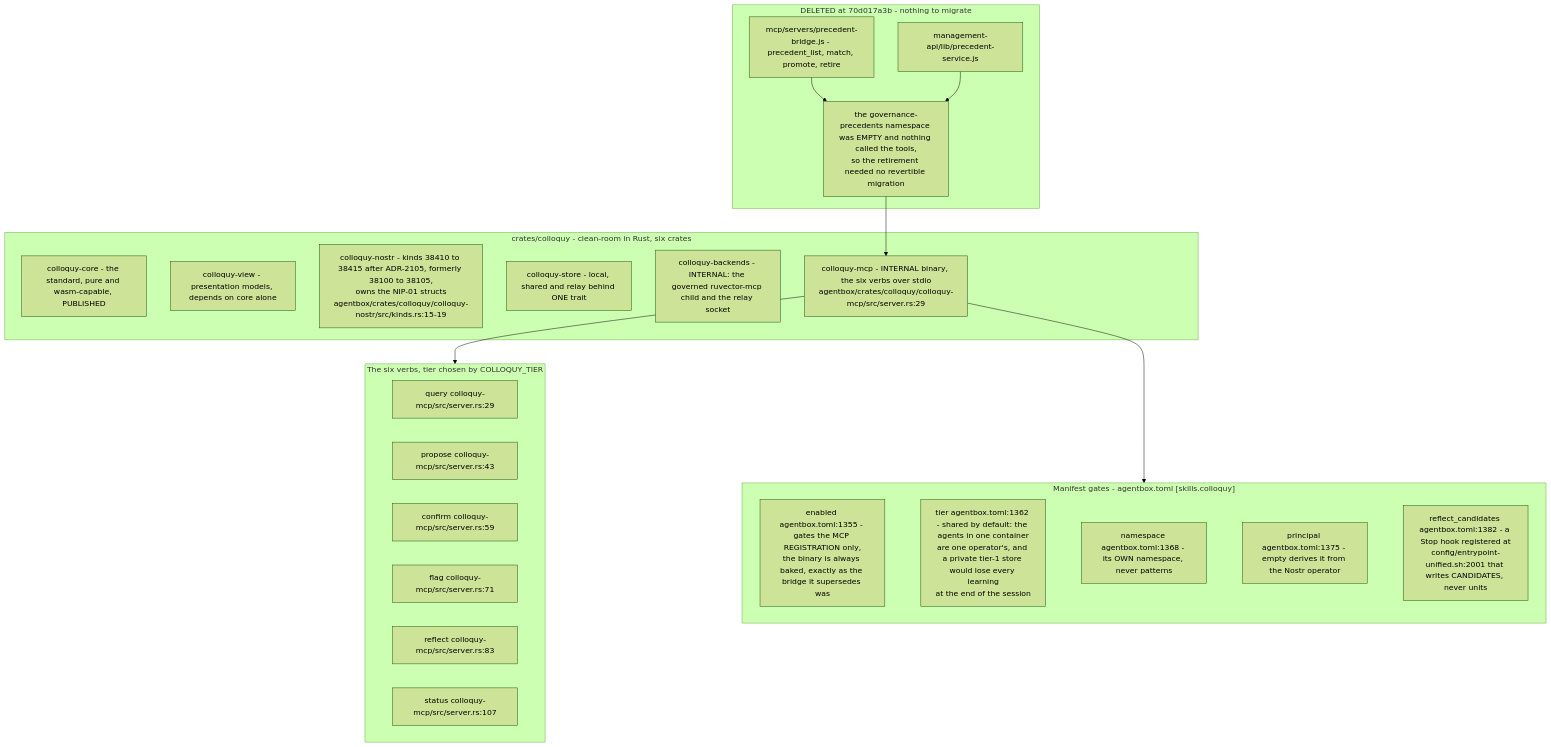
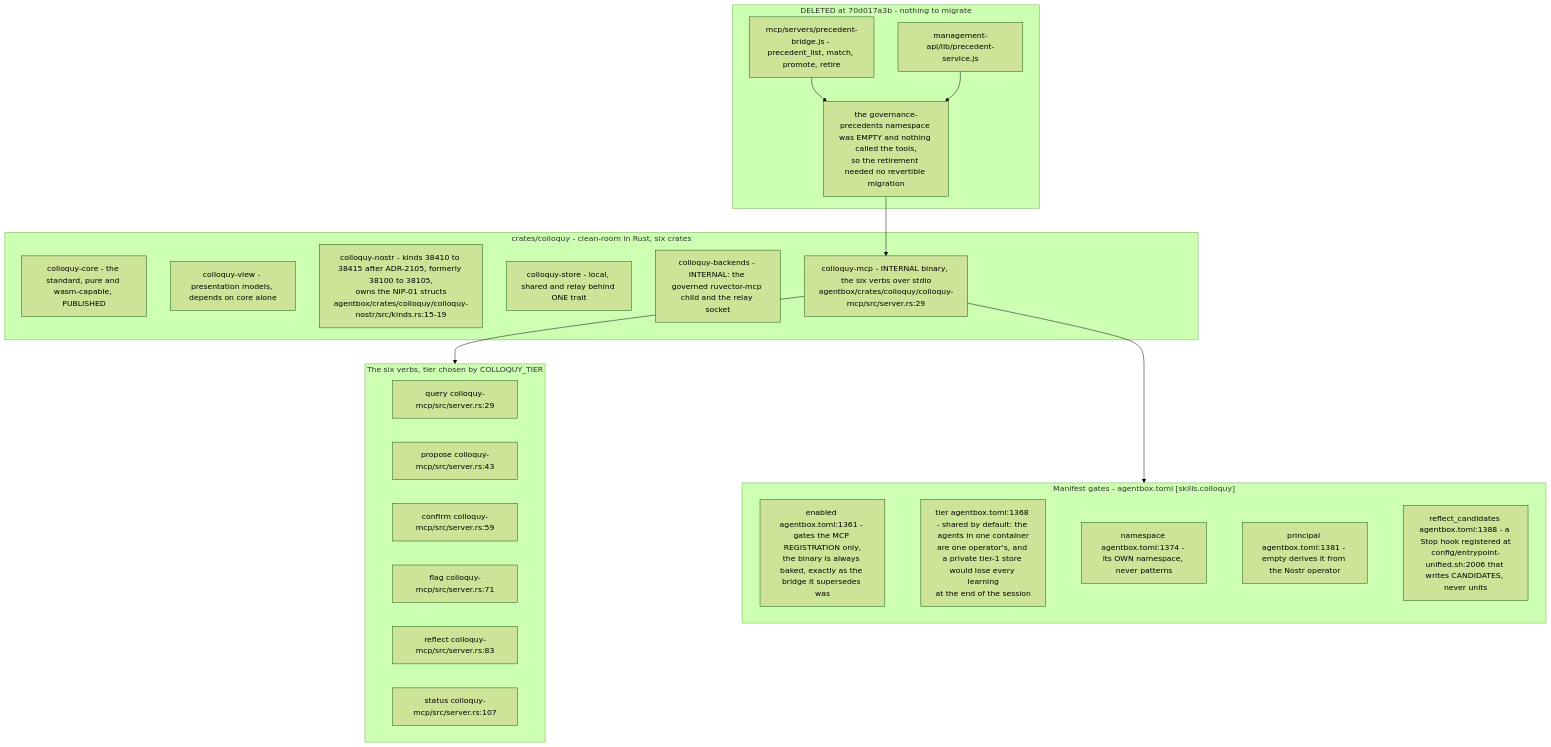
The ninth of 10 diagrams in docs/diagrams/agentbox/28-agentbox-services-and-manifest-binary.md (DreamLab-AI/VisionFlow), drawn with Mermaid (forest theme) before and after one commit. The commit also changed other lines of this file and 36 other files, not shown here.

First line of the commit message:
docs(diagrams): re-derive and re-stamp agentbox, dream-engine, visioncraft, visiontouch and vowl topics; drop LAN addresses

````diff
--- a/docs/diagrams/agentbox/28-agentbox-services-and-manifest-binary.md
+++ b/docs/diagrams/agentbox/28-agentbox-services-and-manifest-binary.md
@@ -427,37 +429,37 @@
 ```mermaid
 flowchart TB
     subgraph gone["DELETED at 70d017a3b - nothing to migrate"]
         G1["mcp/servers/precedent-bridge.js - precedent_list, match, promote, retire"]
         G2["management-api/lib/precedent-service.js"]
         G3["the governance-precedents namespace was EMPTY and nothing called the tools,<br/>so the retirement needed no revertible migration"]
         G1 --> G3
         G2 --> G3
     end
     subgraph crates["crates/colloquy - clean-room in Rust, six crates"]
         P1["colloquy-core - the standard, pure and wasm-capable, PUBLISHED"]
         P2["colloquy-view - presentation models, depends on core alone"]
         P3["colloquy-nostr - kinds 38410 to 38415 after ADR-2105, formerly 38100 to 38105,<br/>owns the NIP-01 structs<br/>agentbox/crates/colloquy/colloquy-nostr/src/kinds.rs:15-19"]
         P4["colloquy-store - local, shared and relay behind ONE trait"]
         P5["colloquy-backends - INTERNAL: the governed ruvector-mcp child and the relay socket"]
         P6["colloquy-mcp - INTERNAL binary, the six verbs over stdio<br/>agentbox/crates/colloquy/colloquy-mcp/src/server.rs:29"]
     end
     G3 --> P6
     subgraph verbs["The six verbs, tier chosen by COLLOQUY_TIER"]
         V1["query colloquy-mcp/src/server.rs:29"]
         V2["propose colloquy-mcp/src/server.rs:43"]
         V3["confirm colloquy-mcp/src/server.rs:59"]
         V4["flag colloquy-mcp/src/server.rs:71"]
         V5["reflect colloquy-mcp/src/server.rs:83"]
         V6["status colloquy-mcp/src/server.rs:107"]
     end
     P6 --> verbs
     subgraph gates["Manifest gates - agentbox.toml [skills.colloquy]"]
-        M1["enabled agentbox.toml:1355 - gates the MCP REGISTRATION only,<br/>the binary is always baked, exactly as the bridge it supersedes was"]
-        M2["tier agentbox.toml:1362 - shared by default: the agents in one container<br/>are one operator's, and a private tier-1 store would lose every learning<br/>at the end of the session"]
-        M3["namespace agentbox.toml:1368 - its OWN namespace, never patterns"]
-        M4["principal agentbox.toml:1375 - empty derives it from the Nostr operator"]
-        M5["reflect_candidates agentbox.toml:1382 - a Stop hook registered at<br/>config/entrypoint-unified.sh:2001 that writes CANDIDATES, never units"]
+        M1["enabled agentbox.toml:1361 - gates the MCP REGISTRATION only,<br/>the binary is always baked, exactly as the bridge it supersedes was"]
+        M2["tier agentbox.toml:1368 - shared by default: the agents in one container<br/>are one operator's, and a private tier-1 store would lose every learning<br/>at the end of the session"]
+        M3["namespace agentbox.toml:1374 - its OWN namespace, never patterns"]
+        M4["principal agentbox.toml:1381 - empty derives it from the Nostr operator"]
+        M5["reflect_candidates agentbox.toml:1388 - a Stop hook registered at<br/>config/entrypoint-unified.sh:2006 that writes CANDIDATES, never units"]
         M1 ~~~ M2 ~~~ M3 ~~~ M4 ~~~ M5
     end
     P6 --> gates
 ```
````
